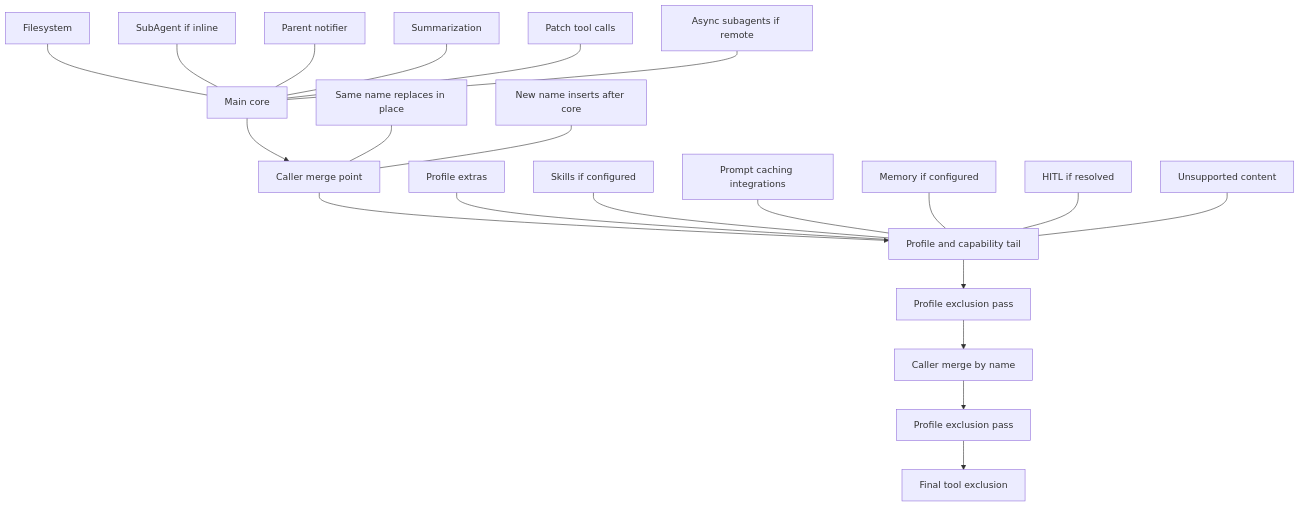
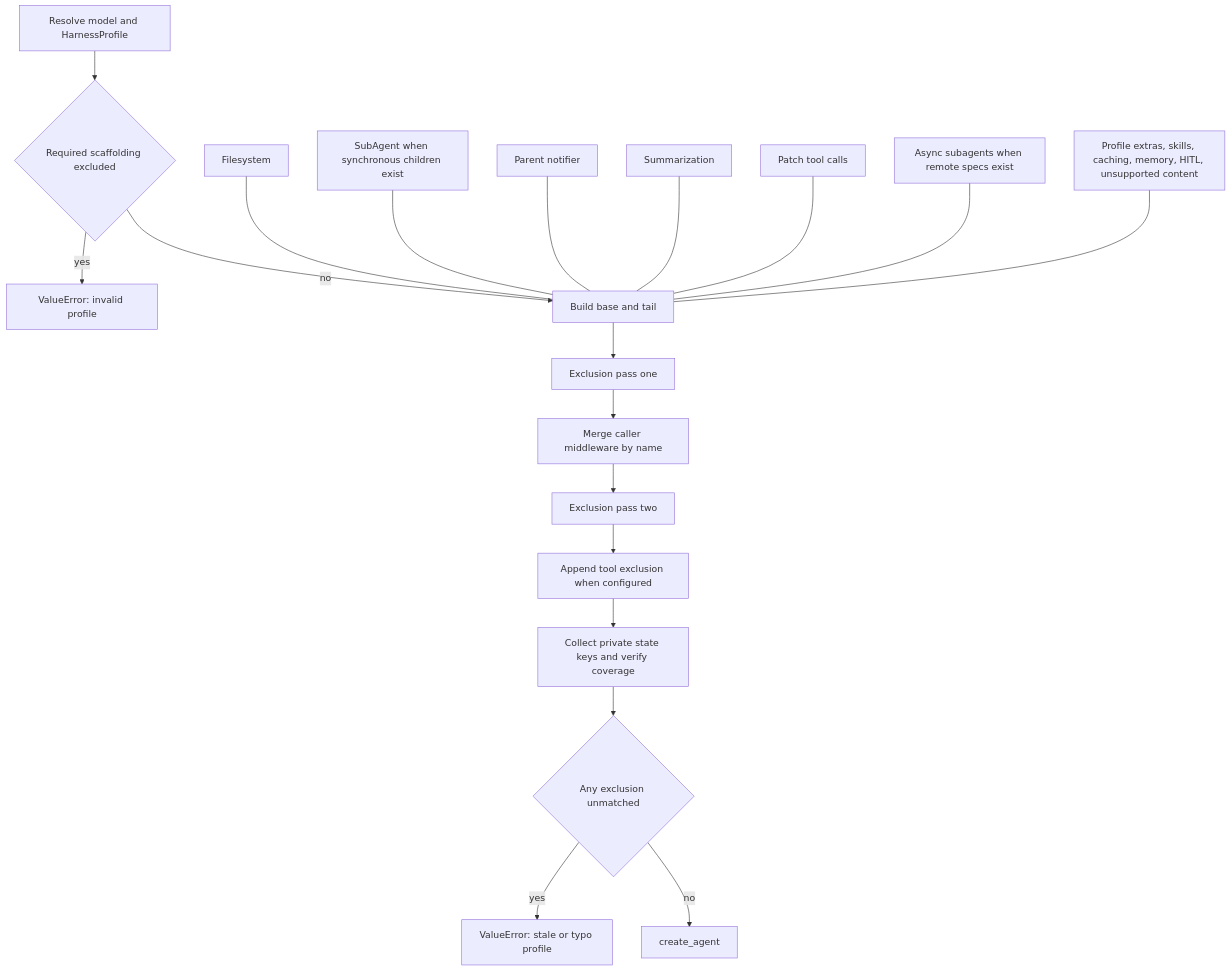
Before and after one commit to langchain-ai/deepagents: the diagram in openwiki/architecture/middleware-stack.md, drawn with Mermaid. The commit also changed other lines of this file and 53 other files, not shown here.

````diff
--- a/openwiki/architecture/middleware-stack.md
+++ b/openwiki/architecture/middleware-stack.md
@@ -43,23 +49,22 @@
 ```mermaid
 flowchart TD
-    A["Main core"] --> B["Caller merge point"]
-    B --> C["Profile and capability tail"]
-    C --> D["Profile exclusion pass"]
-    D --> E["Caller merge by name"]
-    E --> F["Profile exclusion pass"]
-    F --> G["Final tool exclusion"]
-    A1["Filesystem"] --- A
-    A2["SubAgent if inline"] --- A
-    A3["Parent notifier"] --- A
-    A4["Summarization"] --- A
-    A5["Patch tool calls"] --- A
-    A6["Async subagents if remote"] --- A
-    B1["Same name replaces in place"] --- B
-    B2["New name inserts after core"] --- B
-    C1["Profile extras"] --- C
-    C2["Skills if configured"] --- C
-    C3["Prompt caching integrations"] --- C
-    C4["Memory if configured"] --- C
-    C5["HITL if resolved"] --- C
-    C6["Unsupported content"] --- C
+    P["Resolve model and HarnessProfile"] --> V{"Required scaffolding excluded"}
+    V -- "yes" --> VF["ValueError: invalid profile"]
+    V -- "no" --> B["Build base and tail"]
+    B --> S1["Exclusion pass one"]
+    S1 --> M["Merge caller middleware by name"]
+    M --> S2["Exclusion pass two"]
+    S2 --> T["Append tool exclusion when configured"]
+    T --> C["Collect private state keys and verify coverage"]
+    C --> U{"Any exclusion unmatched"}
+    U -- "yes" --> UF["ValueError: stale or typo profile"]
+    U -- "no" --> A["create_agent"]
+
+    B1["Filesystem"] --- B
+    B2["SubAgent when synchronous children exist"] --- B
+    B3["Parent notifier"] --- B
+    B4["Summarization"] --- B
+    B5["Patch tool calls"] --- B
+    B6["Async subagents when remote specs exist"] --- B
+    B7["Profile extras, skills, caching, memory, HITL, unsupported content"] --- B
 ```
````
